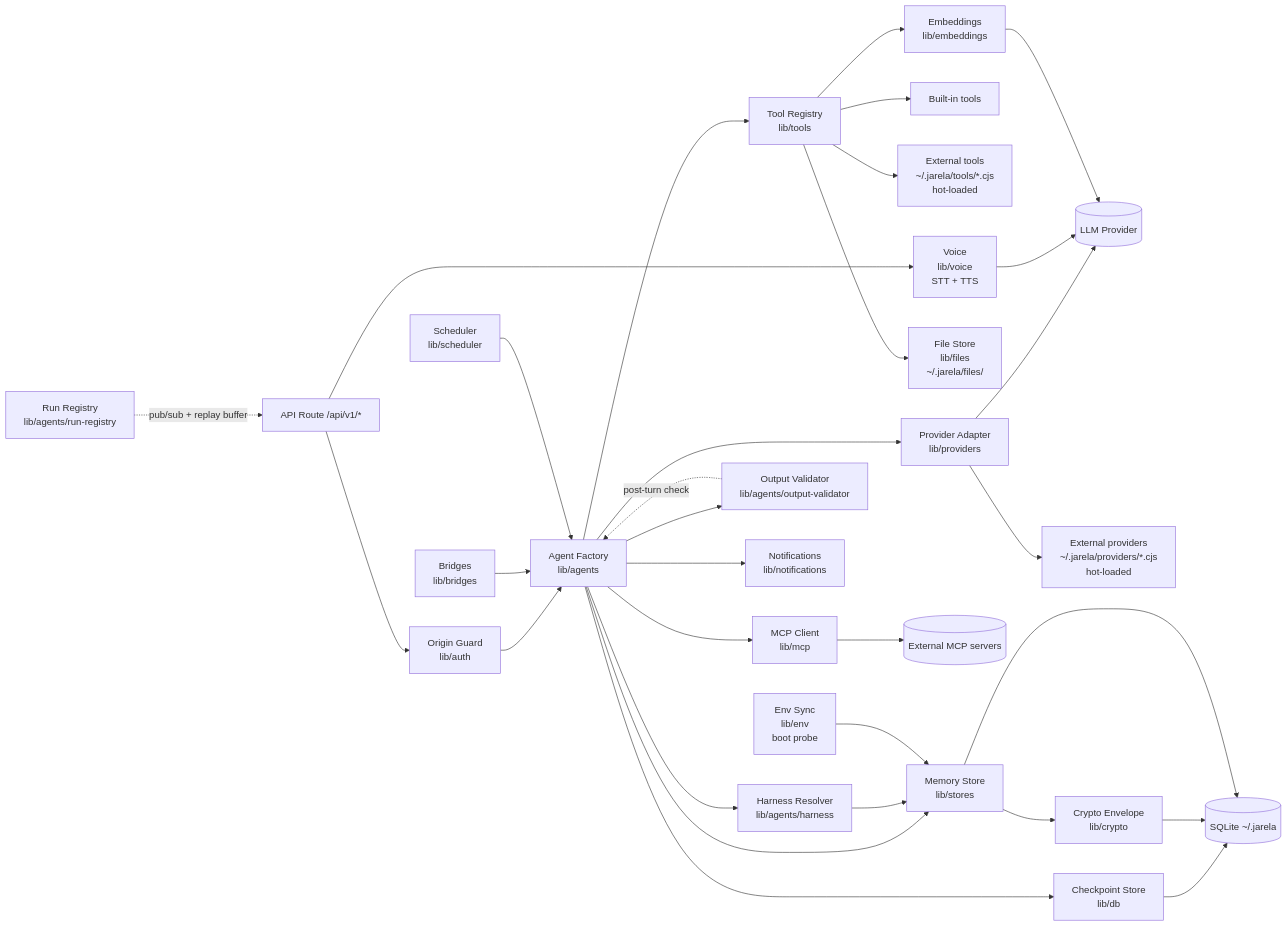
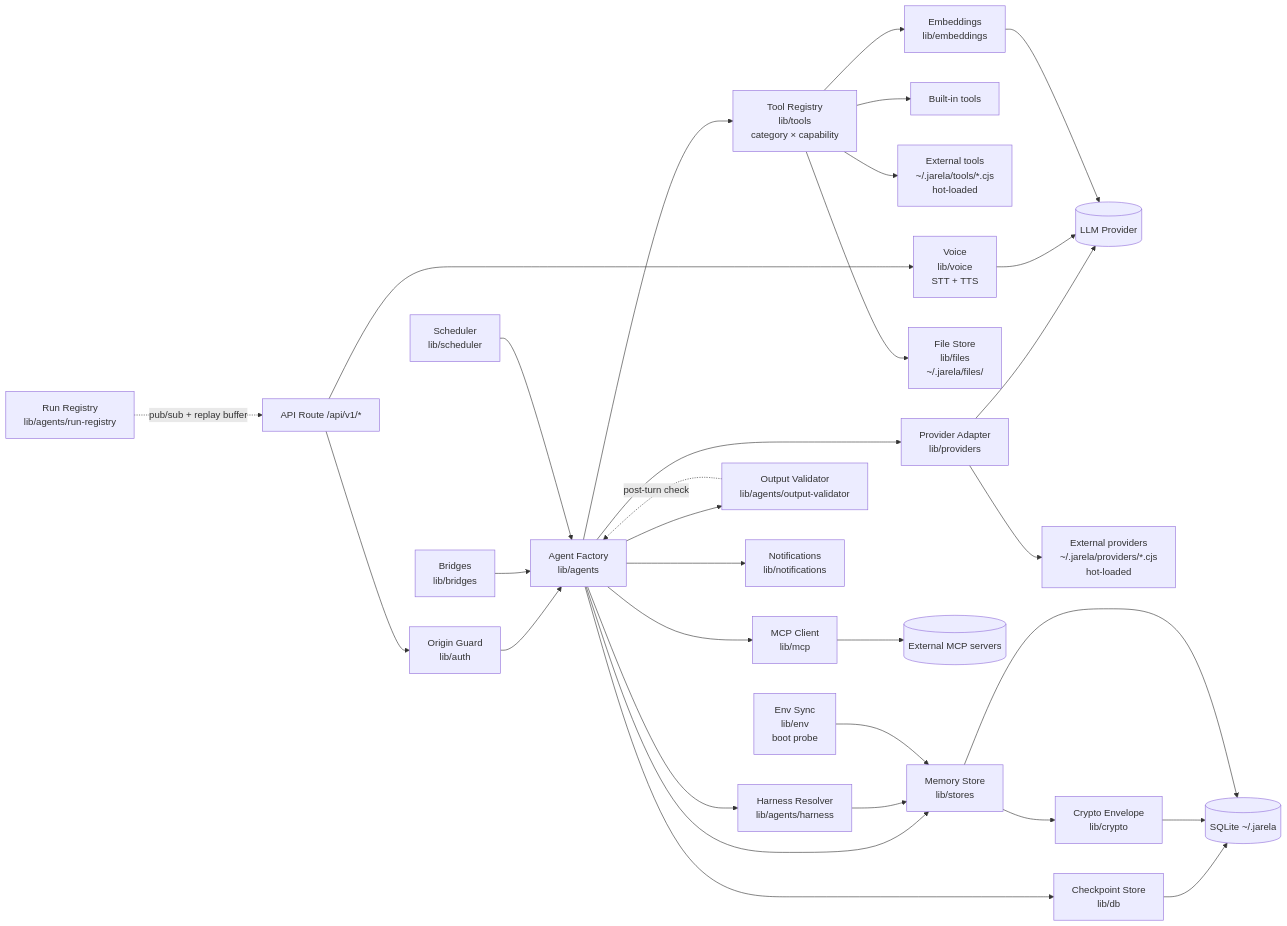
One commit to CircuitWall/jarela changed the second of 7 diagrams in docs/ARCHITECTURE.md. Above: the diagram before and after it, drawn with Mermaid. The commit also changed other lines of this file and 28 other files, not shown here.

````diff
--- a/docs/ARCHITECTURE.md
+++ b/docs/ARCHITECTURE.md
@@ -106,33 +106,33 @@
 ```mermaid
 flowchart LR
     A[API Route /api/v1/*] --> G0[Origin Guard<br/>lib/auth]
     G0 --> B[Agent Factory<br/>lib/agents]
     B --> C[Provider Adapter<br/>lib/providers]
-    B --> D[Tool Registry<br/>lib/tools]
+    B --> D[Tool Registry<br/>lib/tools<br/>category × capability]
     B --> E[MCP Client<br/>lib/mcp]
     C --> F[(LLM Provider)]
     C --> XP[External providers<br/>~/.jarela/providers/*.cjs<br/>hot-loaded]
     D --> G[Built-in tools]
     D --> XT[External tools<br/>~/.jarela/tools/*.cjs<br/>hot-loaded]
     D --> EM[Embeddings<br/>lib/embeddings]
     D --> FS[File Store<br/>lib/files<br/>~/.jarela/files/]
     A --> V[Voice<br/>lib/voice<br/>STT + TTS]
     V --> F
     EM --> F
     E --> H[(External MCP servers)]
     B --> I[Checkpoint Store<br/>lib/db]
     I --> J[(SQLite ~/.jarela)]
     B --> K[Memory Store<br/>lib/stores]
     B --> HR[Harness Resolver<br/>lib/agents/harness]
     HR --> K
     B --> OV[Output Validator<br/>lib/agents/output-validator]
     OV -.post-turn check.-> B
     K --> CR[Crypto Envelope<br/>lib/crypto]
     CR --> J
     K --> J
     B --> L[Notifications<br/>lib/notifications]
     BR[Bridges<br/>lib/bridges] --> B
     SC[Scheduler<br/>lib/scheduler] --> B
     EN[Env Sync<br/>lib/env<br/>boot probe] --> K
     RR[Run Registry<br/>lib/agents/run-registry] -.pub/sub + replay buffer.-> A
 ```
````
